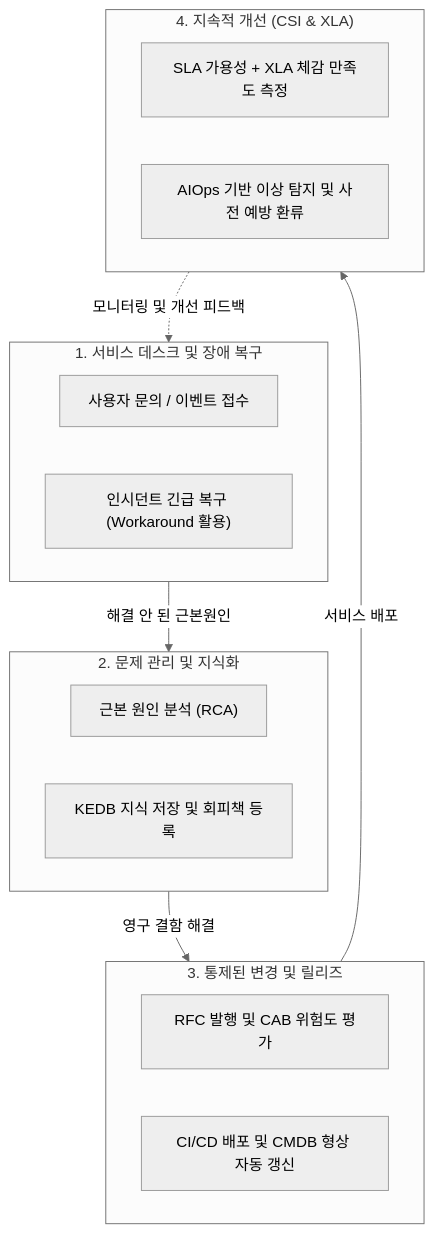
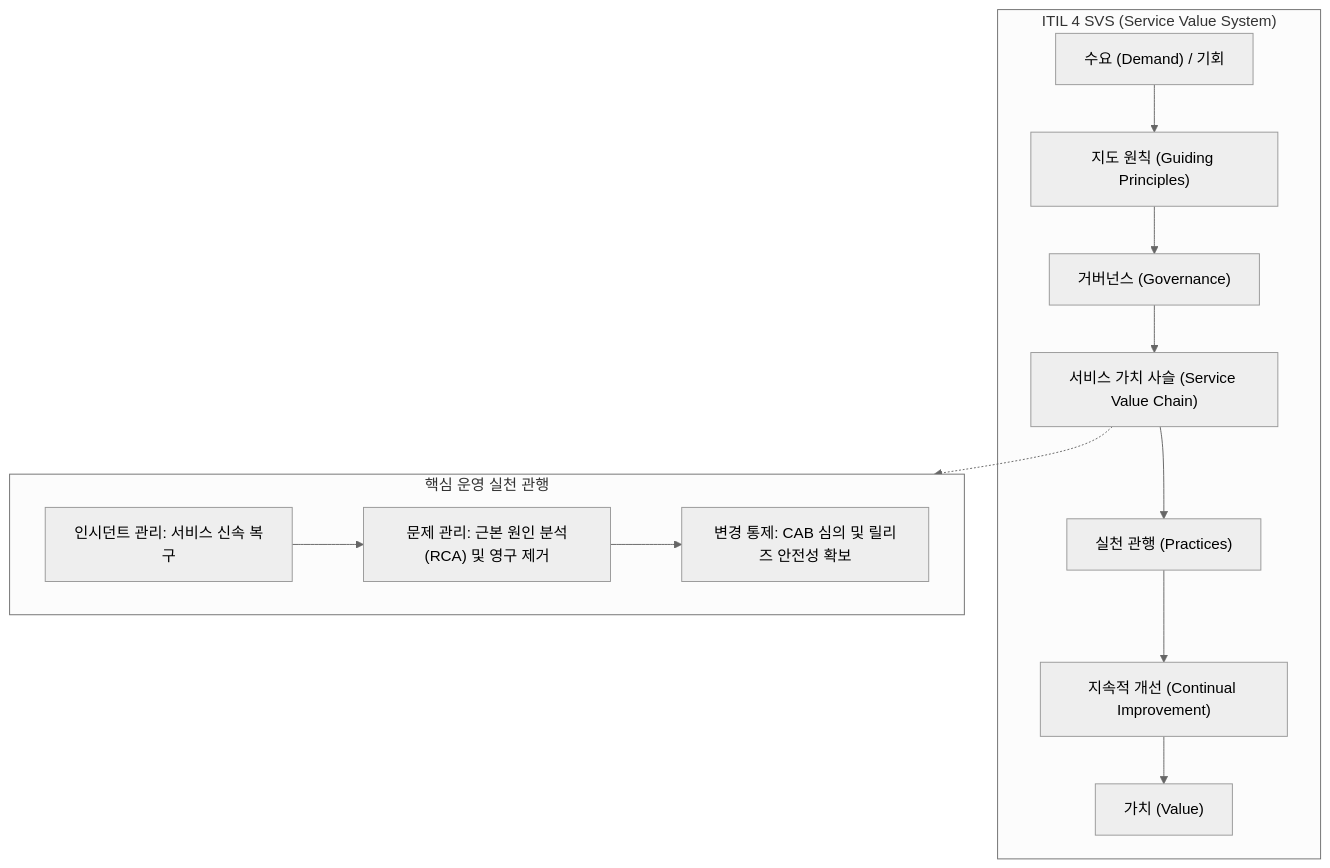
One commit to agnusdei1207/study changed the fourth of 5 diagrams in src/content/docs/notes/itpe/01-it-strategy/044_itsm.md. Above: the diagram before and after it, drawn with Mermaid (neutral theme). The commit also changed other lines of this file and 80 other files, not shown here.

````diff
--- a/src/content/docs/notes/itpe/01-it-strategy/044_itsm.md
+++ b/src/content/docs/notes/itpe/01-it-strategy/044_itsm.md
@@ -121,24 +124,18 @@
 ```mermaid
 flowchart TD
-    subgraph ServiceDesk["1. 서비스 데스크 및 장애 복구"]
-        SD1["사용자 문의 / 이벤트 접수"]
-        SD2["인시던트 긴급 복구 (Workaround 활용)"]
+    subgraph DemandToValue["ITIL 4 SVS (Service Value System)"]
+        D["수요 (Demand) / 기회"] --> GP["지도 원칙 (Guiding Principles)"]
+        GP --> GOV["거버넌스 (Governance)"]
+        GOV --> SVC["서비스 가치 사슬 (Service Value Chain)"]
+        SVC --> PRAC["실천 관행 (Practices)"]
+        PRAC --> CSI["지속적 개선 (Continual Improvement)"]
+        CSI --> V["가치 (Value)"]
     end
-    subgraph Problem["2. 문제 관리 및 지식화"]
-        PB1["근본 원인 분석 (RCA)"]
-        PB2["KEDB 지식 저장 및 회피책 등록"]
+    subgraph CorePractices["핵심 운영 실천 관행"]
+        P1["인시던트 관리: 서비스 신속 복구"]
+        P2["문제 관리: 근본 원인 분석(RCA) 및 영구 제거"]
+        P3["변경 통제: CAB 심의 및 릴리즈 안전성 확보"]
+        P1 --> P2 --> P3
     end
-    subgraph Change["3. 통제된 변경 및 릴리즈"]
-        CH1["RFC 발행 및 CAB 위험도 평가"]
-        CH2["CI/CD 배포 및 CMDB 형상 자동 갱신"]
-    end
-    subgraph Improvement["4. 지속적 개선 (CSI & XLA)"]
-        IM1["SLA 가용성 + XLA 체감 만족도 측정"]
-        IM2["AIOps 기반 이상 탐지 및 사전 예방 환류"]
-    end
-
-    ServiceDesk -->|해결 안 된 근본원인| Problem
-    Problem -->|영구 결함 해결| Change
-    Change -->|서비스 배포| Improvement
-    Improvement -.->|모니터링 및 개선 피드백| ServiceDesk
+    SVC -.-> CorePractices
 ```
````
